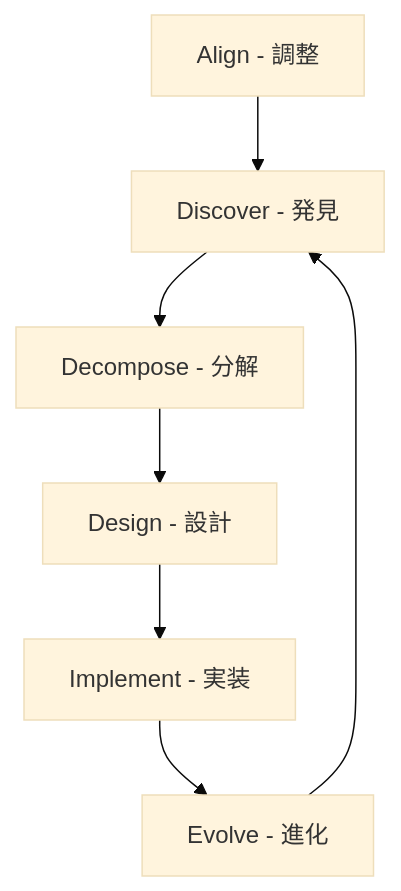
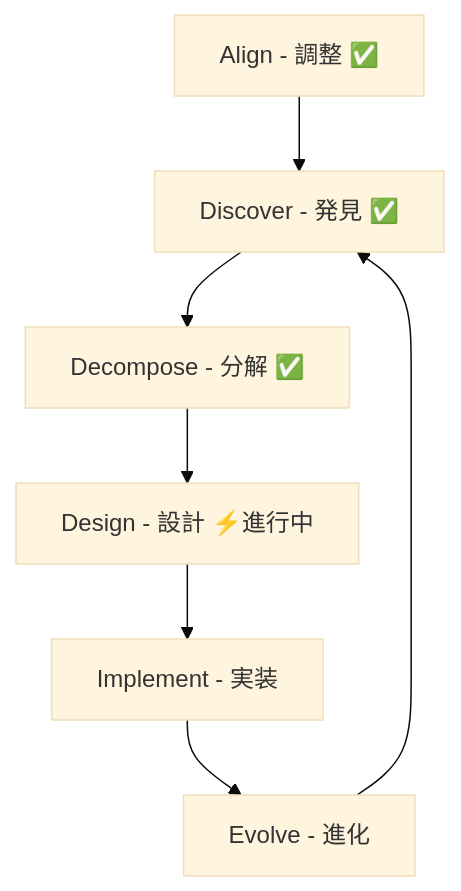
Before and after one commit to watarui/effect: the diagram in docs/ddd/README.md, drawn with Mermaid (base theme). The commit also changed other lines of this file and 1 other file, not shown here.

````diff
--- a/docs/ddd/README.md
+++ b/docs/ddd/README.md
@@ -48,9 +60,9 @@
 ```mermaid
 graph TD
-    A[Align - 調整] --> B[Discover - 発見]
-    B --> C[Decompose - 分解]
-    C --> D[Design - 設計]
+    A[Align - 調整 ✅] --> B[Discover - 発見 ✅]
+    B --> C[Decompose - 分解 ✅]
+    C --> D[Design - 設計 ⚡進行中]
     D --> E[Implement - 実装]
     E --> F[Evolve - 進化]
     F --> B
 ```
````
